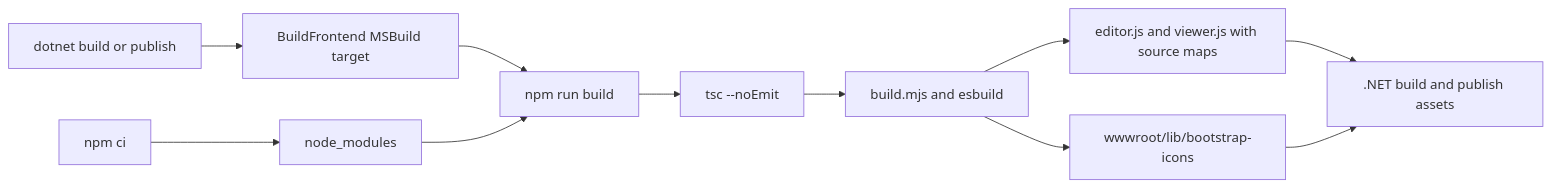
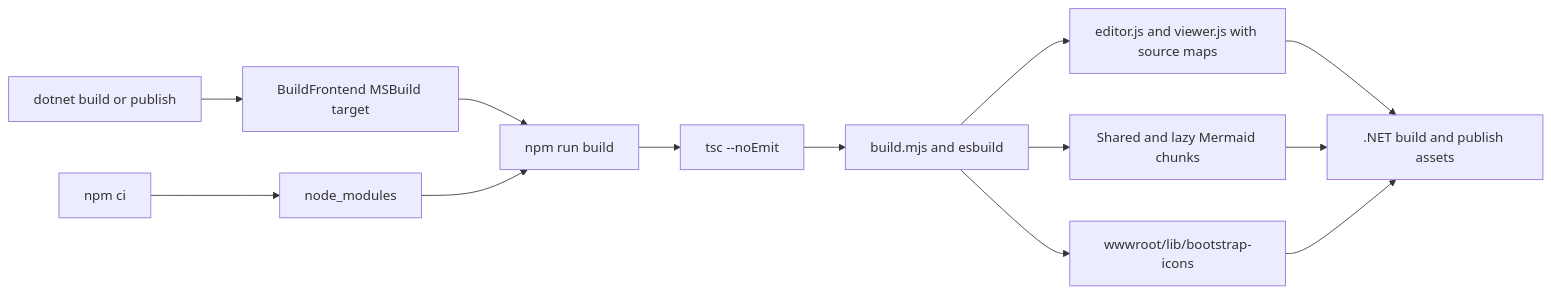
Before and after one commit to tirrellcotton/Markdown-Edtior: the tenth of 10 diagrams in Documentation/architecture.md, drawn with Mermaid. The commit also changed other lines of this file and 12 other files, not shown here.

Commit message:
Add Mermaid charts and diagrams

````diff
--- a/Documentation/architecture.md
+++ b/Documentation/architecture.md
@@ -631,13 +649,15 @@
 ```mermaid
 flowchart LR
   Install[npm ci] --> Modules[node_modules]
   Dotnet[dotnet build or publish] --> Hook[BuildFrontend MSBuild target]
   Hook --> Npm[npm run build]
   Modules --> Npm
   Npm --> TSC[tsc --noEmit]
   TSC --> Build[build.mjs and esbuild]
   Build --> Bundle[editor.js and viewer.js with source maps]
+  Build --> Chunks[Shared and lazy Mermaid chunks]
   Build --> Icons[wwwroot/lib/bootstrap-icons]
   Bundle --> Publish[.NET build and publish assets]
+  Chunks --> Publish
   Icons --> Publish
 ```
````
